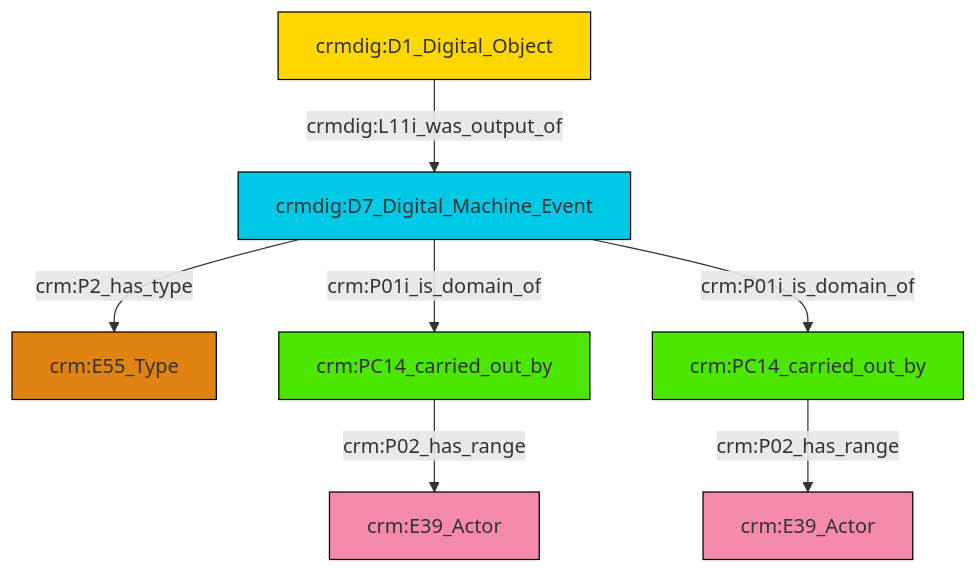
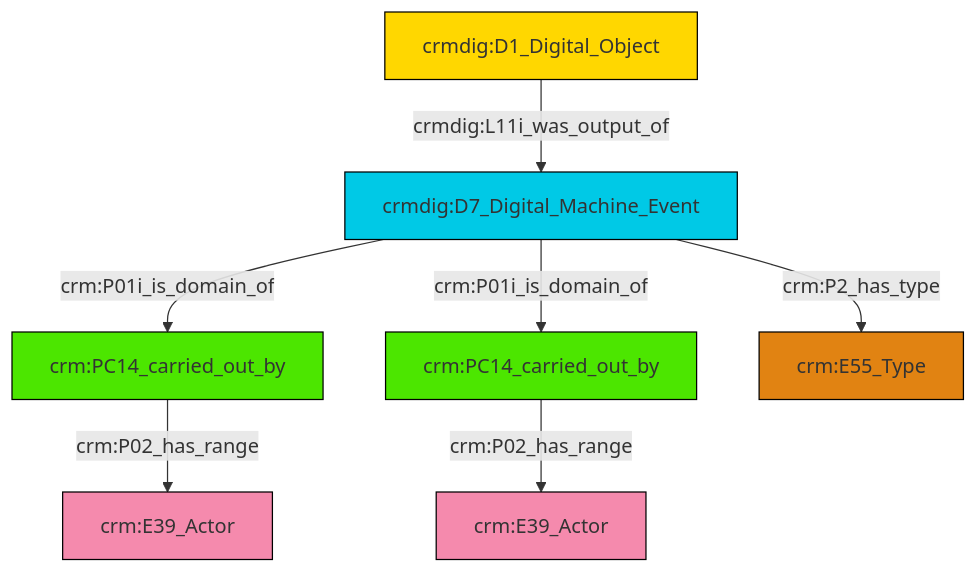
One commit to swiss-art-research-net/docs.swissartresearch changed the diagram in et/doCSV/ttl/mmd/do_actor_relations.ttl.mmd. Above: the diagram before and after it, drawn with Mermaid. The commit also changed 181 other files, not shown here.

```diff
--- a/et/doCSV/ttl/mmd/do_actor_relations.ttl.mmd
+++ b/et/doCSV/ttl/mmd/do_actor_relations.ttl.mmd
@@ -1,21 +1,21 @@
 graph TD
 classDef Literal fill:#f2f2f2,stroke:#000000;
 classDef CRM_Entity fill:#FFFFFF,stroke:#000000;
 classDef Temporal_Entity fill:#00C9E6, stroke:#000000;
 classDef Type fill:#E18312, stroke:#000000;
 classDef Time-Span fill:#2C9C91, stroke:#000000;
 classDef Appellation fill:#FFEB7F, stroke:#000000;
 classDef Place fill:#008836, stroke:#000000;
 classDef Persistent_Item fill:#B266B2, stroke:#000000;
 classDef Conceptual_Object fill:#FFD700, stroke:#000000;
 classDef Physical_Thing fill:#D2B48C, stroke:#000000;
 classDef Actor fill:#f58aad, stroke:#000000;
 classDef PC_Classes fill:#4ce600, stroke:#000000;
 classDef Multi fill:#cccccc,stroke:#000000;
 
-0["crmdig:D1_Digital_Object"]:::Conceptual_Object -->|crmdig:L11i_was_output_of| 1["crmdig:D7_Digital_Machine_Event"]:::Temporal_Entity
-1["crmdig:D7_Digital_Machine_Event"]:::Temporal_Entity -->|crm:P01i_is_domain_of| 10["crm:PC14_carried_out_by"]:::PC_Classes
-13["crm:PC14_carried_out_by"]:::PC_Classes -->|crm:P02_has_range| 4["crm:E39_Actor"]:::Actor
-10["crm:PC14_carried_out_by"]:::PC_Classes -->|crm:P02_has_range| 8["crm:E39_Actor"]:::Actor
-1["crmdig:D7_Digital_Machine_Event"]:::Temporal_Entity -->|crm:P2_has_type| 2["crm:E55_Type"]:::Type
-1["crmdig:D7_Digital_Machine_Event"]:::Temporal_Entity -->|crm:P01i_is_domain_of| 13["crm:PC14_carried_out_by"]:::PC_Classes
+2["crm:PC14_carried_out_by"]:::PC_Classes -->|crm:P02_has_range| 0["crm:E39_Actor"]:::Actor
+10["crmdig:D7_Digital_Machine_Event"]:::Temporal_Entity -->|crm:P01i_is_domain_of| 3["crm:PC14_carried_out_by"]:::PC_Classes
+8["crmdig:D1_Digital_Object"]:::Conceptual_Object -->|crmdig:L11i_was_output_of| 10["crmdig:D7_Digital_Machine_Event"]:::Temporal_Entity
+10["crmdig:D7_Digital_Machine_Event"]:::Temporal_Entity -->|crm:P01i_is_domain_of| 2["crm:PC14_carried_out_by"]:::PC_Classes
+10["crmdig:D7_Digital_Machine_Event"]:::Temporal_Entity -->|crm:P2_has_type| 6["crm:E55_Type"]:::Type
+3["crm:PC14_carried_out_by"]:::PC_Classes -->|crm:P02_has_range| 11["crm:E39_Actor"]:::Actor
```
